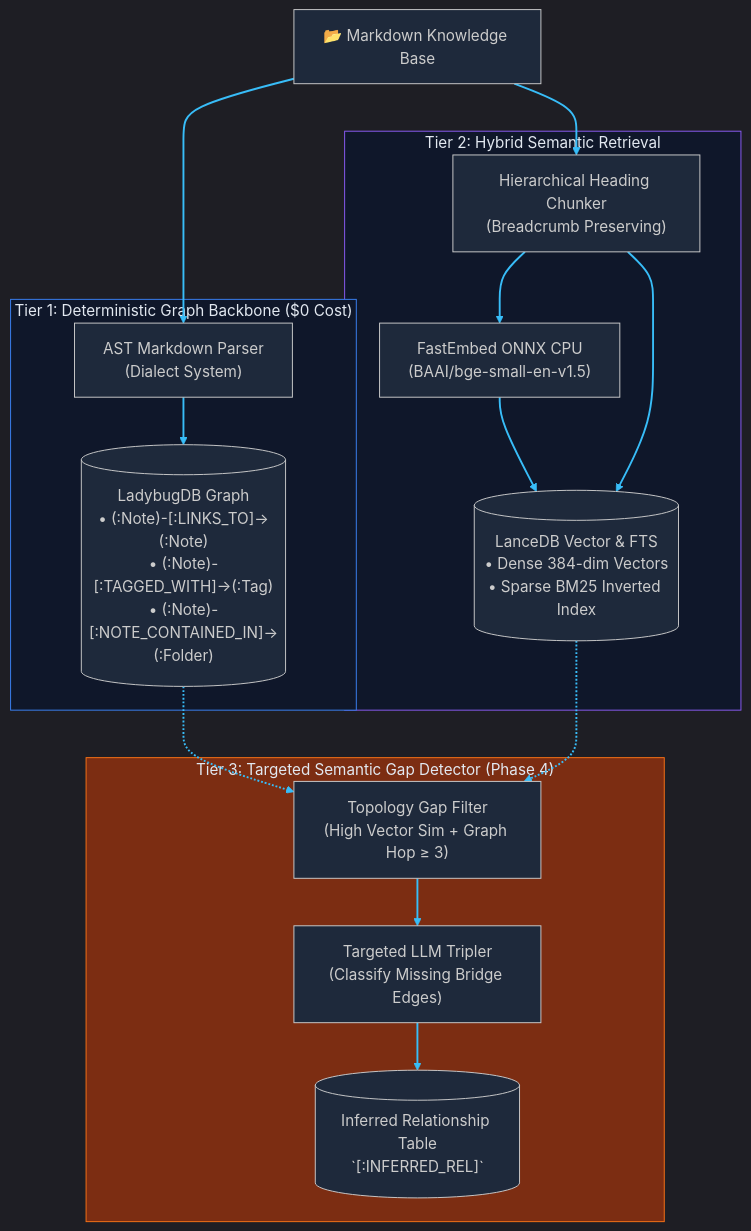
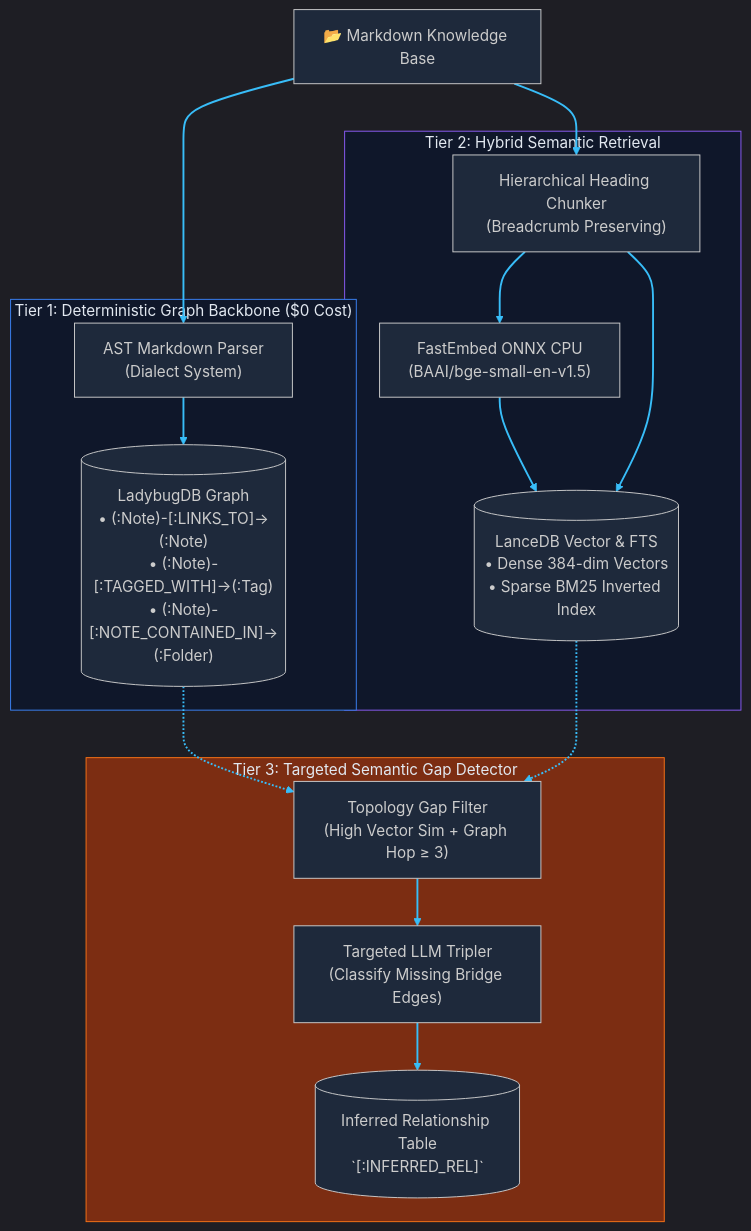
The diagram in docs/architecture.md (dev-hashemi/pkmrag), drawn with Mermaid before and after one commit. The commit also changed other lines of this file and 16 other files, not shown here.

First line of the commit message:
feat(compliance): add Obsidian plugin compliance test suite and cleanup milestone roadmaps

````diff
--- a/docs/architecture.md
+++ b/docs/architecture.md
@@ -11,36 +11,36 @@
 ```mermaid
 %%{init: {'theme': 'dark', 'themeVariables': { 'darkMode': true, 'background': 'transparent', 'mainBkg': '#1e293b', 'primaryColor': '#1e293b', 'primaryBorderColor': '#3b82f6', 'primaryTextColor': '#f8fafc', 'lineColor': '#38bdf8', 'edgeLabelBackground': '#1e293b' }}}%%
 flowchart TD
     Vault["📂 Markdown Knowledge Base"]
 
     subgraph T1["Tier 1: Deterministic Graph Backbone ($0 Cost)"]
         Parser["AST Markdown Parser\n(Dialect System)"]
         Ladybug[("LadybugDB Graph\n• (:Note)-[:LINKS_TO]->(:Note)\n• (:Note)-[:TAGGED_WITH]->(:Tag)\n• (:Note)-[:NOTE_CONTAINED_IN]->(:Folder)")]
         Parser --> Ladybug
     end
 
     subgraph T2["Tier 2: Hybrid Semantic Retrieval"]
         Chunker["Hierarchical Heading Chunker\n(Breadcrumb Preserving)"]
         Embedder["FastEmbed ONNX CPU\n(BAAI/bge-small-en-v1.5)"]
         Lance[("LanceDB Vector & FTS\n• Dense 384-dim Vectors\n• Sparse BM25 Inverted Index")]
         Chunker --> Embedder --> Lance
         Chunker --> Lance
     end
 
-    subgraph T3["Tier 3: Targeted Semantic Gap Detector (Phase 4)"]
+    subgraph T3["Tier 3: Targeted Semantic Gap Detector"]
         Filter["Topology Gap Filter\n(High Vector Sim + Graph Hop ≥ 3)"]
         LLM["Targeted LLM Tripler\n(Classify Missing Bridge Edges)"]
         Inferred[("Inferred Relationship Table\n`[:INFERRED_REL]`")]
         Ladybug -.-> Filter
         Lance -.-> Filter
         Filter --> LLM --> Inferred
     end
 
     Vault --> Parser
     Vault --> Chunker
 
     style T1 fill:#0f172a,stroke:#3b82f6,color:#e2e8f0
     style T2 fill:#0f172a,stroke:#8b5cf6,color:#e2e8f0
     style T3 fill:#7c2d12,stroke:#f97316,color:#e2e8f0
     linkStyle default stroke:#38bdf8,stroke-width:2px;
 ```
````
